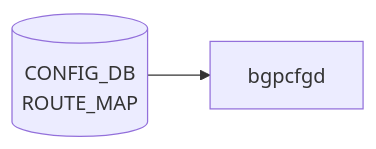
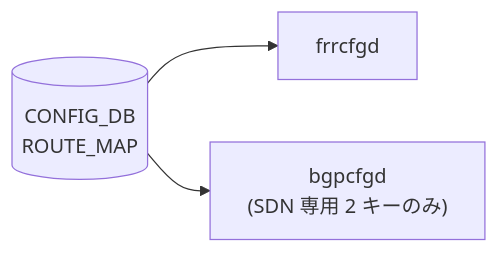
The diagram in docs/reference/config-db/route-map.md (aoki-taquan/sonic-unofficial-docs), drawn with Mermaid before and after one commit. The commit also changed 16 other files, not shown here.

````diff
--- a/docs/reference/config-db/route-map.md
+++ b/docs/reference/config-db/route-map.md
@@ -35,6 +35,8 @@
 ```mermaid
 flowchart LR
   CDB[("CONFIG_DB<br/>ROUTE_MAP")]
-  DM["bgpcfgd"]
-  CDB --> DM
+  FRRCFGD["frrcfgd"]
+  BGPCFGD["bgpcfgd<br/>(SDN 専用 2 キーのみ)"]
+  CDB --> FRRCFGD
+  CDB --> BGPCFGD
 ```
````
